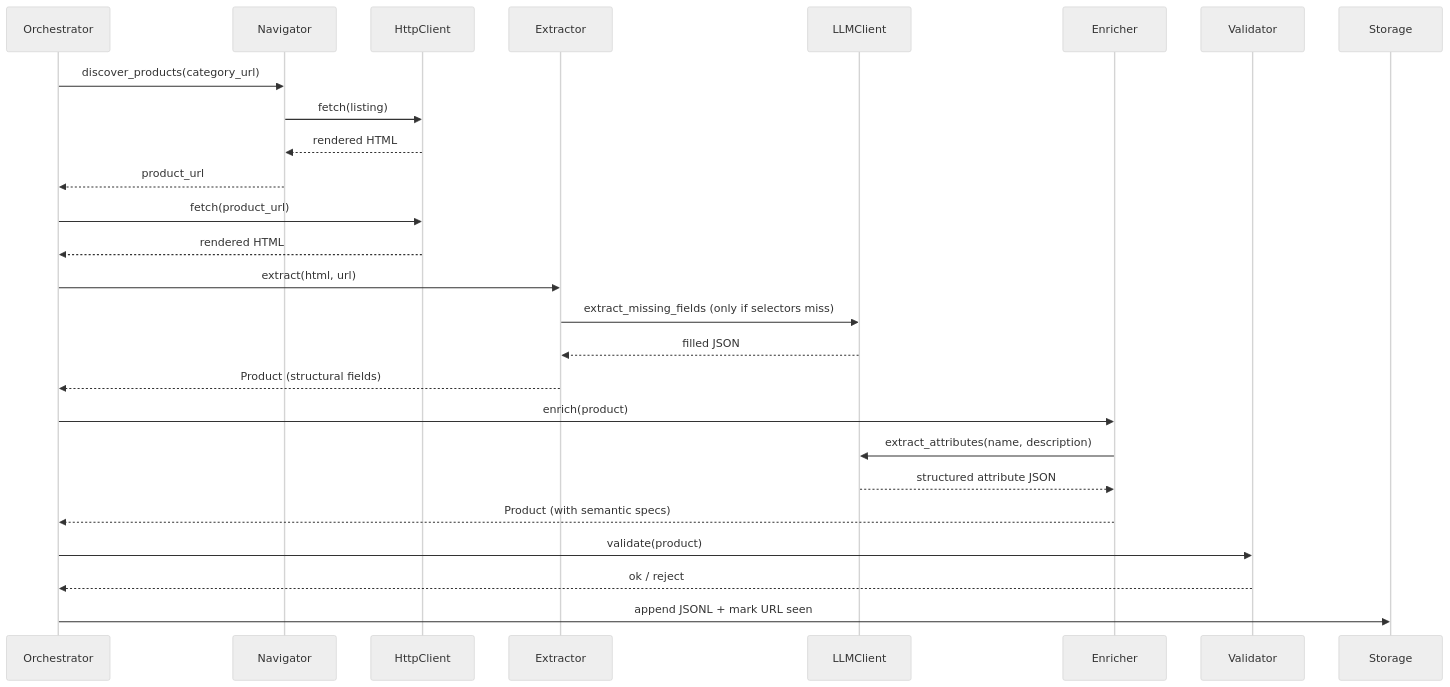
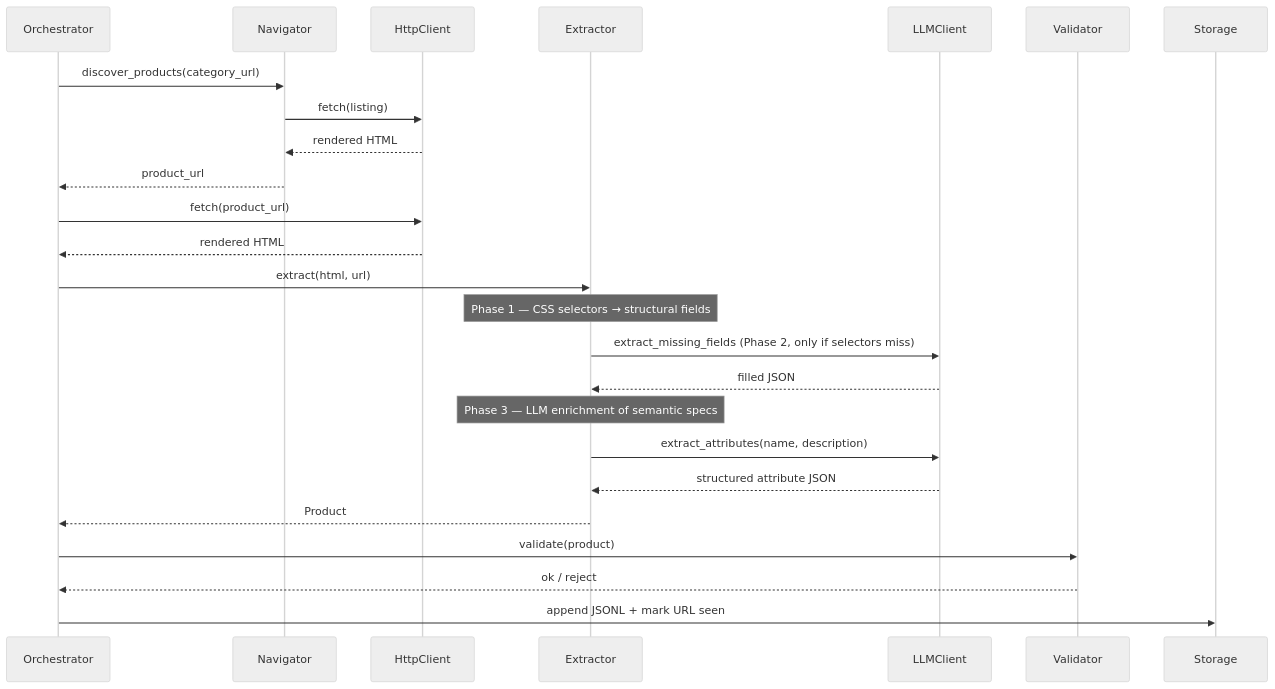
Before and after one commit to C0k11/frontier-dental-assessment: the second of 3 diagrams in README.md, drawn with Mermaid (neutral theme). The commit also changed other lines of this file and 6 other files, not shown here.

Commit message:
Fold enrichment into Extractor as Phase 3 instead of separate agent

````diff
--- a/README.md
+++ b/README.md
@@ -67,23 +69,23 @@
 ```mermaid
 sequenceDiagram
     Orchestrator ->> Navigator: discover_products(category_url)
     Navigator ->> HttpClient: fetch(listing)
     HttpClient -->> Navigator: rendered HTML
     Navigator -->> Orchestrator: product_url
 
     Orchestrator ->> HttpClient: fetch(product_url)
     HttpClient -->> Orchestrator: rendered HTML
     Orchestrator ->> Extractor: extract(html, url)
-    Extractor ->> LLMClient: extract_missing_fields (only if selectors miss)
+
+    Note over Extractor: Phase 1 — CSS selectors → structural fields
+    Extractor ->> LLMClient: extract_missing_fields (Phase 2, only if selectors miss)
     LLMClient -->> Extractor: filled JSON
-    Extractor -->> Orchestrator: Product (structural fields)
-
-    Orchestrator ->> Enricher: enrich(product)
-    Enricher ->> LLMClient: extract_attributes(name, description)
-    LLMClient -->> Enricher: structured attribute JSON
-    Enricher -->> Orchestrator: Product (with semantic specs)
+    Note over Extractor: Phase 3 — LLM enrichment of semantic specs
+    Extractor ->> LLMClient: extract_attributes(name, description)
+    LLMClient -->> Extractor: structured attribute JSON
+    Extractor -->> Orchestrator: Product
 
     Orchestrator ->> Validator: validate(product)
     Validator -->> Orchestrator: ok / reject
     Orchestrator ->> Storage: append JSONL + mark URL seen
 ```
````
